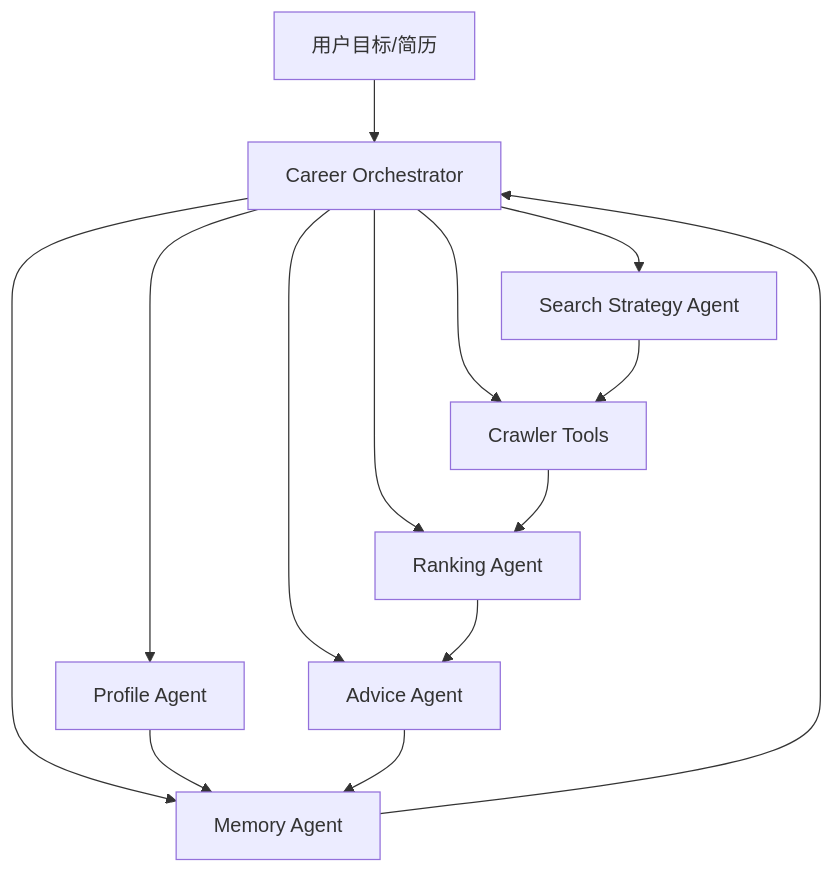
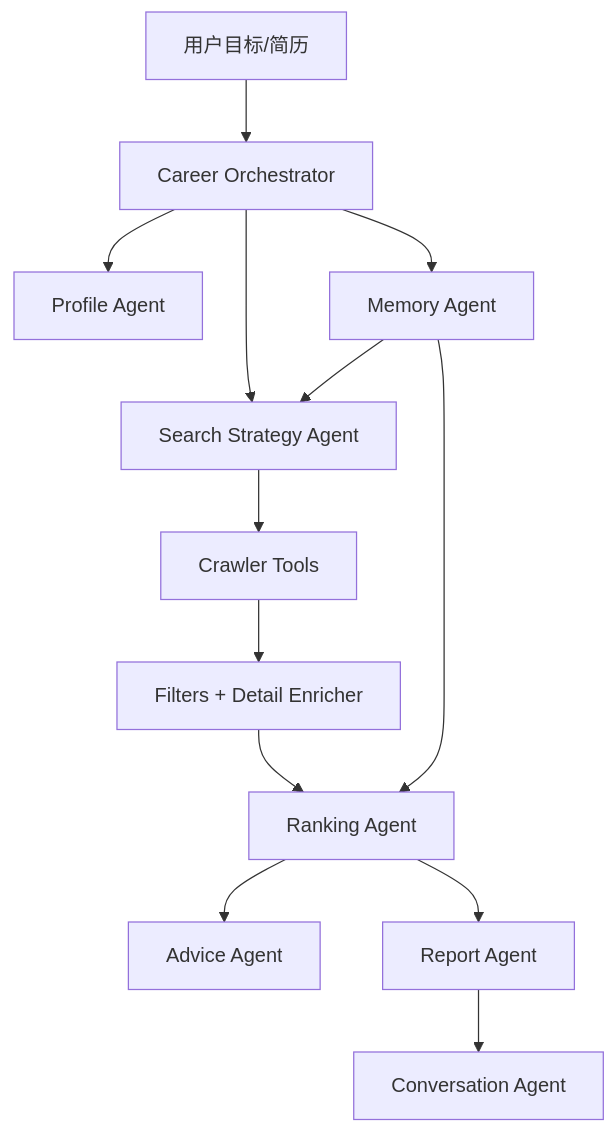
Before and after one commit to anan-root/careerpilot-agent: the diagram in docs/PRODUCT_DESIGN.md, drawn with Mermaid. The commit also changed other lines of this file and 5 other files, not shown here.

````diff
--- a/docs/PRODUCT_DESIGN.md
+++ b/docs/PRODUCT_DESIGN.md
@@ -284,16 +180,15 @@
 ```mermaid
 flowchart TD
     U["用户目标/简历"] --> O["Career Orchestrator"]
     O --> P["Profile Agent"]
+    O --> M["Memory Agent"]
     O --> S["Search Strategy Agent"]
-    O --> C["Crawler Tools"]
-    O --> R["Ranking Agent"]
-    O --> A["Advice Agent"]
-    O --> M["Memory Agent"]
-    P --> M
-    S --> C
-    C --> R
-    R --> A
-    A --> M
-    M --> O
+    S --> C["Crawler Tools"]
+    C --> F["Filters + Detail Enricher"]
+    F --> R["Ranking Agent"]
+    R --> A["Advice Agent"]
+    R --> G["Report Agent"]
+    G --> Q["Conversation Agent"]
+    M --> S
+    M --> R
 ```
````
